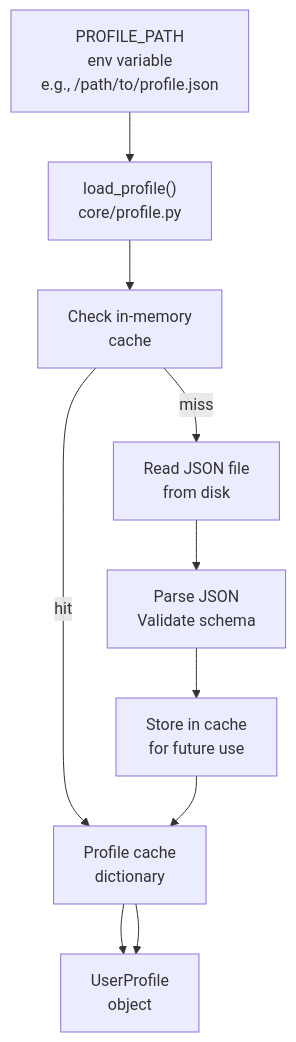
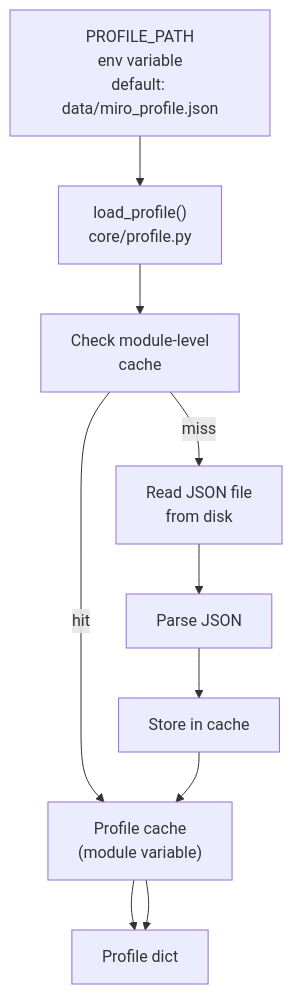
One commit to savipk/autochat changed the sixth of 7 diagrams in docs/architecture/07-state-management.md. Above: the diagram before and after it, drawn with Mermaid. The commit also changed other lines of this file and 27 other files, not shown here.

````diff
--- a/docs/architecture/07-state-management.md
+++ b/docs/architecture/07-state-management.md
@@ -230,30 +242,30 @@
 ```mermaid
 graph TB
-    ProfilePath["PROFILE_PATH<br/>env variable<br/>e.g., /path/to/profile.json"]
+    ProfilePath["PROFILE_PATH<br/>env variable<br/>default: data/miro_profile.json"]
 
     LoadProfile["load_profile()<br/>core/profile.py"]
 
-    CheckCache["Check in-memory<br/>cache"]
+    CheckCache["Check module-level<br/>cache"]
 
-    Cache["Profile cache<br/>dictionary"]
+    Cache["Profile cache<br/>(module variable)"]
 
     ReadFile["Read JSON file<br/>from disk"]
 
-    Parse["Parse JSON<br/>Validate schema"]
+    Parse["Parse JSON"]
 
-    StoreCache["Store in cache<br/>for future use"]
+    StoreCache["Store in cache"]
 
-    ProfileObj["UserProfile<br/>object"]
+    ProfileObj["Profile dict"]
 
     ProfilePath --> LoadProfile
     LoadProfile --> CheckCache
 
     CheckCache -->|hit| Cache
     Cache --> ProfileObj
 
     CheckCache -->|miss| ReadFile
     ReadFile --> Parse
     Parse --> StoreCache
     StoreCache --> Cache
     Cache --> ProfileObj
 ```
````
